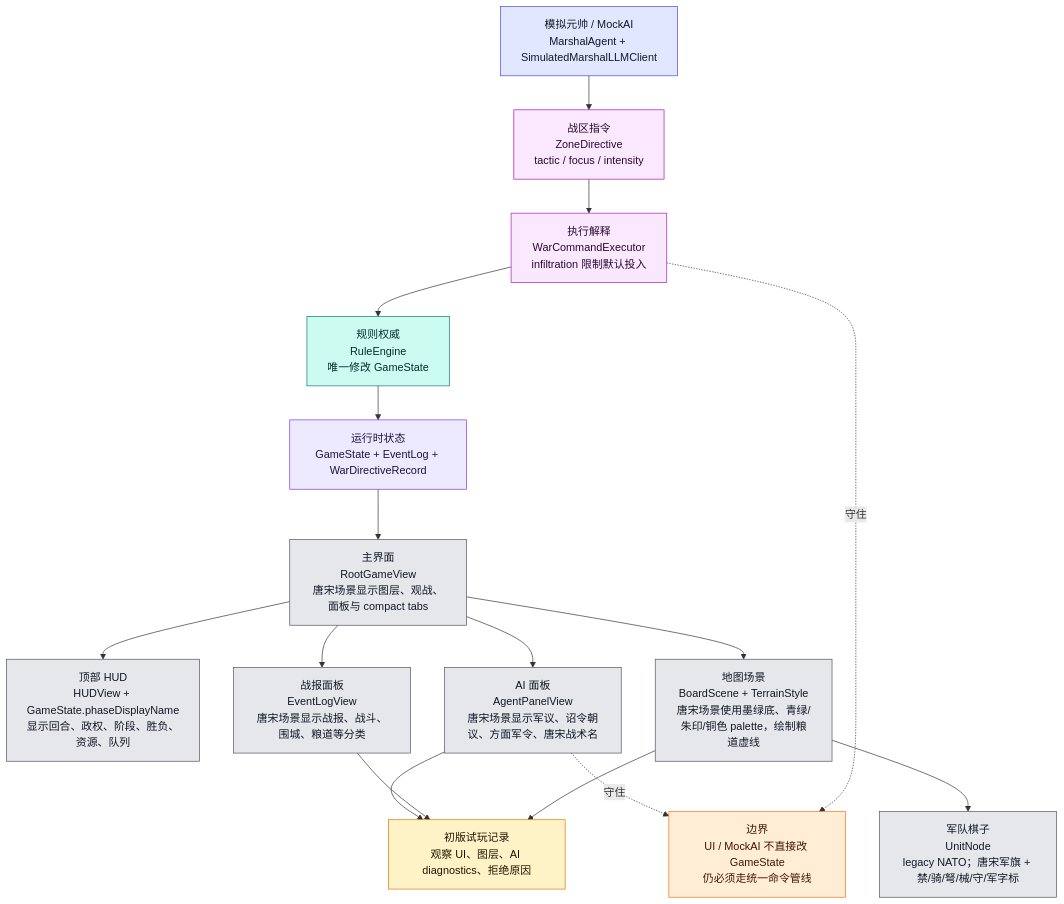
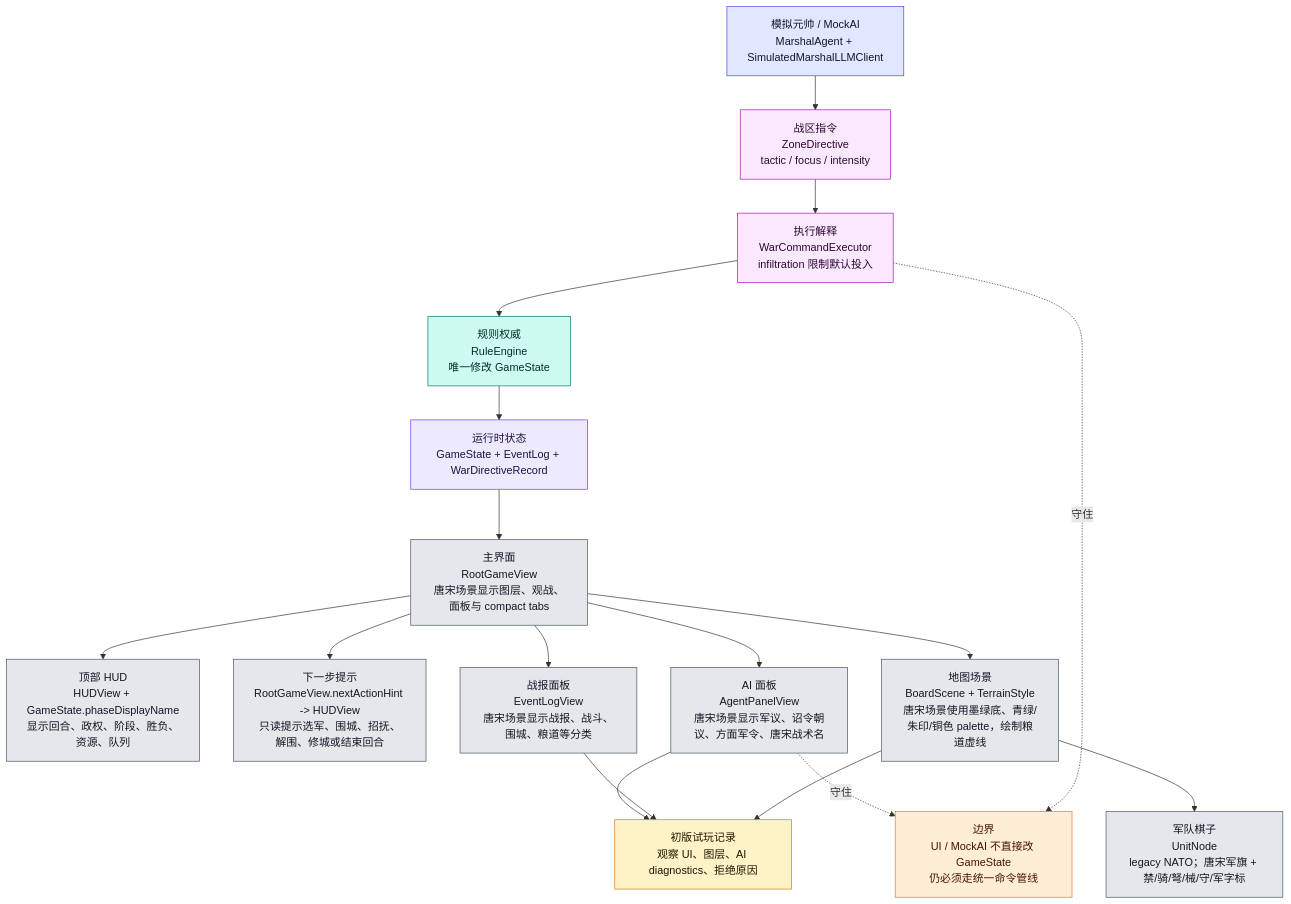
One commit to Altman-sam114/125 changed the tenth of 12 diagrams in md/flow/flowchart.md. Above: the diagram before and after it, drawn with Mermaid. The commit also changed other lines of this file and 8 other files, not shown here.

Commit message:
feat: add Tang Song next action hint

````diff
--- a/md/flow/flowchart.md
+++ b/md/flow/flowchart.md
@@ -530,38 +533,40 @@
 ```mermaid
 flowchart TD
     STATE["运行时状态<br/>GameState + EventLog + WarDirectiveRecord"]:::state
     ROOT["主界面<br/>RootGameView<br/>唐宋场景显示图层、观战、面板与 compact tabs"]:::ui
     HUD["顶部 HUD<br/>HUDView + GameState.phaseDisplayName<br/>显示回合、政权、阶段、胜负、资源、队列"]:::ui
+    HINT["下一步提示<br/>RootGameView.nextActionHint -> HUDView<br/>只读提示选军、围城、招抚、解围、修城或结束回合"]:::ui
     LOG["战报面板<br/>EventLogView<br/>唐宋场景显示战报、战斗、围城、粮道等分类"]:::ui
     AIUI["AI 面板<br/>AgentPanelView<br/>唐宋场景显示军议、诏令朝议、方面军令、唐宋战术名"]:::ui
     BOARD["地图场景<br/>BoardScene + TerrainStyle<br/>唐宋场景使用墨绿底、青绿/朱印/铜色 palette，绘制粮道虚线"]:::ui
     UNIT["军队棋子<br/>UnitNode<br/>legacy NATO；唐宋军旗 + 禁/骑/弩/械/守/军字标"]:::ui
     MARSHAL["模拟元帅 / MockAI<br/>MarshalAgent + SimulatedMarshalLLMClient"]:::ai
     ZD["战区指令<br/>ZoneDirective<br/>tactic / focus / intensity"]:::command
     WCE["执行解释<br/>WarCommandExecutor<br/>infiltration 限制默认投入"]:::command
     RULE["规则权威<br/>RuleEngine<br/>唯一修改 GameState"]:::rules
     PLAYTEST["初版试玩记录<br/>观察 UI、图层、AI diagnostics、拒绝原因"]:::doc
 
     STATE --> ROOT
     ROOT --> HUD
+    ROOT --> HINT
     ROOT --> LOG
     ROOT --> AIUI
     ROOT --> BOARD
     BOARD --> UNIT
     MARSHAL --> ZD --> WCE --> RULE --> STATE
     AIUI --> PLAYTEST
     LOG --> PLAYTEST
     BOARD --> PLAYTEST
 
     WARN["边界<br/>UI / MockAI 不直接改 GameState<br/>仍必须走统一命令管线"]:::warn
     AIUI -.守住.-> WARN
     WCE -.守住.-> WARN
 
     classDef state fill:#ede9fe,stroke:#7c3aed,color:#1f143d
     classDef ui fill:#e5e7eb,stroke:#4b5563,color:#111827
     classDef ai fill:#e0e7ff,stroke:#4f46e5,color:#111827
     classDef command fill:#fae8ff,stroke:#a21caf,color:#2a0a2f
     classDef rules fill:#ccfbf1,stroke:#0f766e,color:#042f2e
     classDef doc fill:#fef3c7,stroke:#d97706,color:#1f1600
     classDef warn fill:#ffedd5,stroke:#f97316,color:#431407
 ```
````
